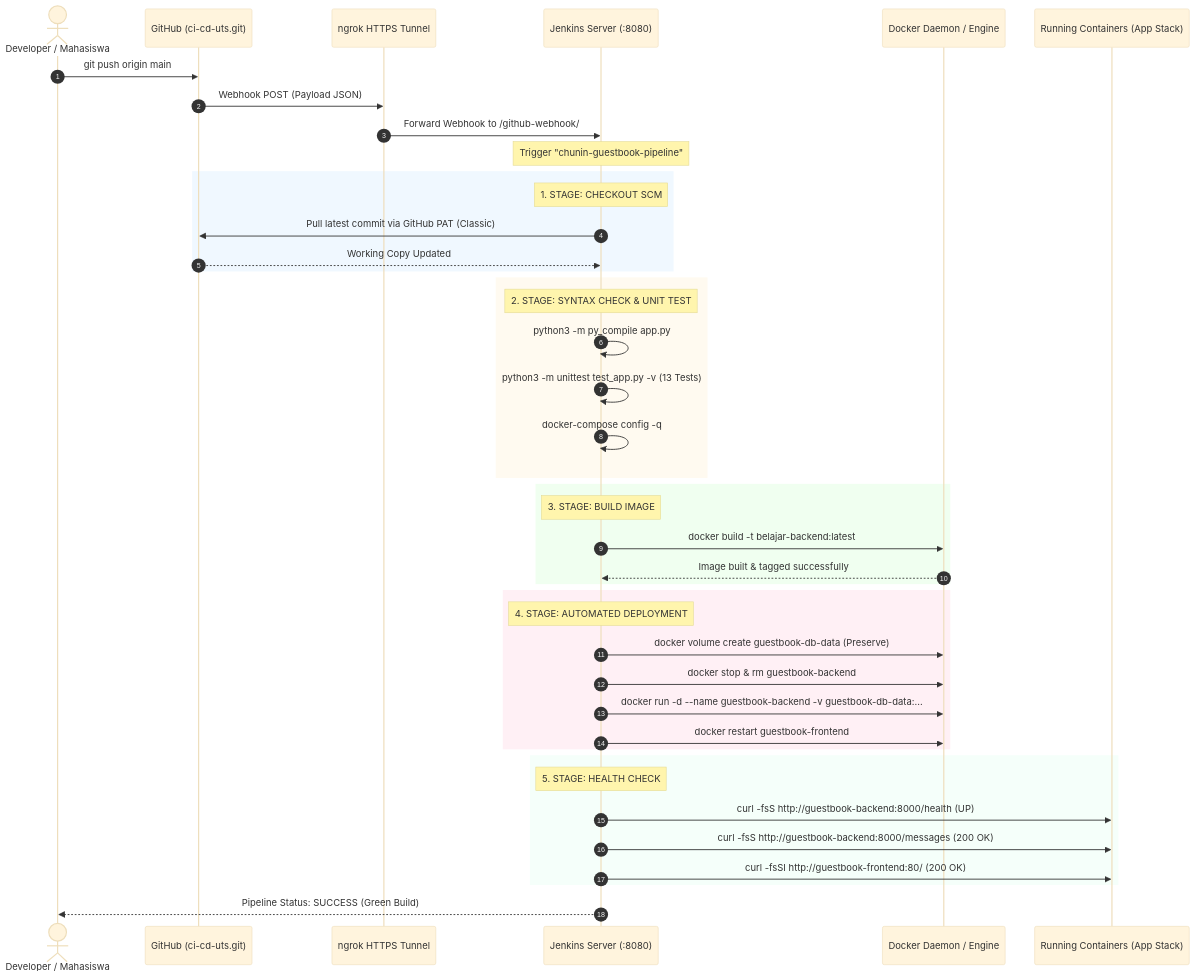
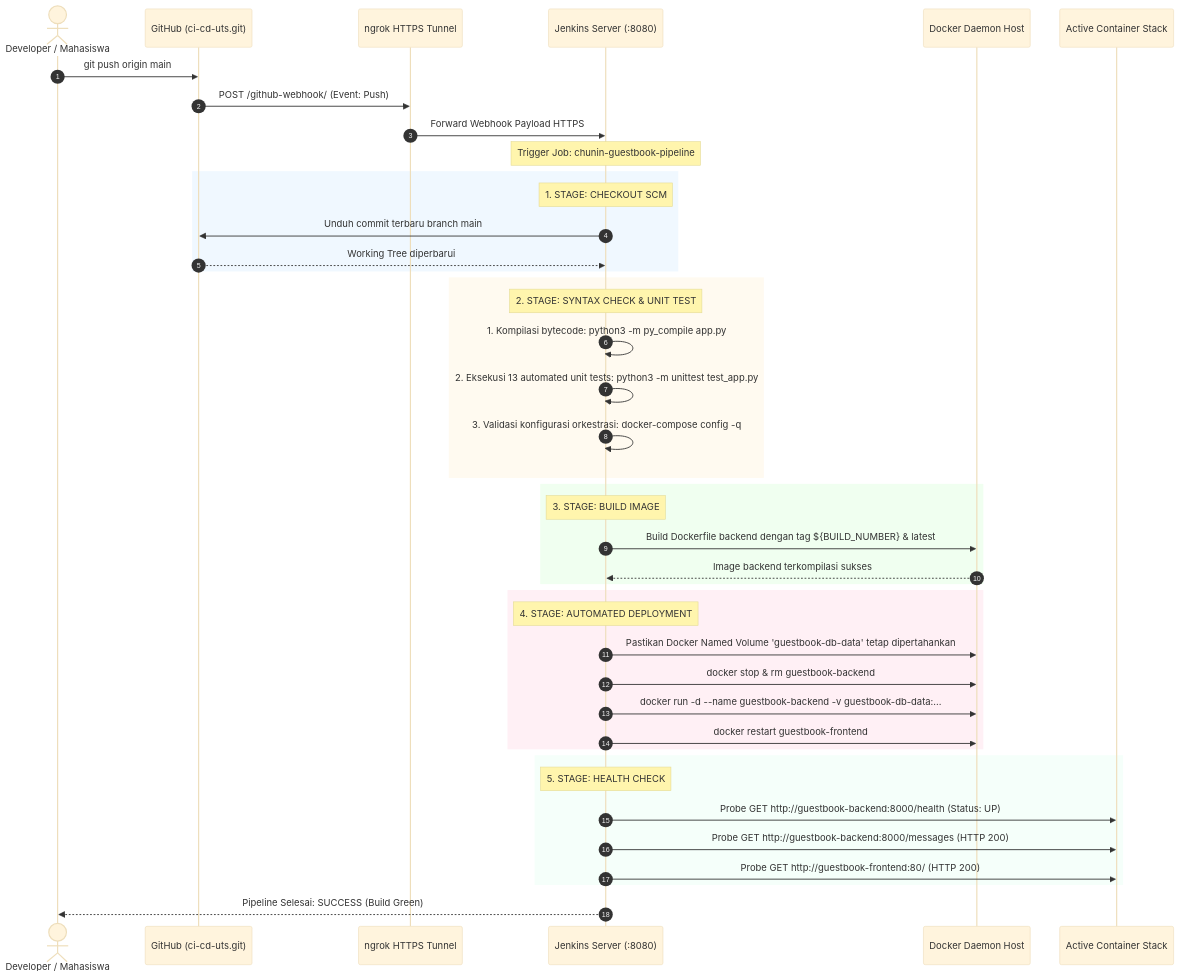
The second of 2 diagrams in README.md (ervanfahriaw/ci-cd-uts), drawn with Mermaid (base theme) before and after one commit. The commit also changed other lines of this file and 18 other files, not shown here.

````diff
--- a/README.md
+++ b/README.md
@@ -91,51 +94,51 @@
 ```mermaid
 sequenceDiagram
     autonumber
     actor Dev as Developer / Mahasiswa
     participant Git as GitHub (ci-cd-uts.git)
     participant Ngrok as ngrok HTTPS Tunnel
     participant Jenkins as Jenkins Server (:8080)
-    participant Docker as Docker Daemon / Engine
-    participant Target as Running Containers (App Stack)
+    participant Docker as Docker Daemon Host
+    participant Containers as Active Container Stack
 
     Dev->>Git: git push origin main
-    Git->>Ngrok: Webhook POST (Payload JSON)
-    Ngrok->>Jenkins: Forward Webhook to /github-webhook/
-    Note over Jenkins: Trigger "chunin-guestbook-pipeline"
+    Git->>Ngrok: POST /github-webhook/ (Event: Push)
+    Ngrok->>Jenkins: Forward Webhook Payload HTTPS
+    Note over Jenkins: Trigger Job: chunin-guestbook-pipeline
     
     rect rgb(240, 248, 255)
         Note over Jenkins: 1. STAGE: CHECKOUT SCM
-        Jenkins->>Git: Pull latest commit via GitHub PAT (Classic)
-        Git-->>Jenkins: Working Copy Updated
+        Jenkins->>Git: Unduh commit terbaru branch main
+        Git-->>Jenkins: Working Tree diperbarui
     end
 
     rect rgb(255, 250, 240)
         Note over Jenkins: 2. STAGE: SYNTAX CHECK & UNIT TEST
-        Jenkins->>Jenkins: python3 -m py_compile app.py
-        Jenkins->>Jenkins: python3 -m unittest test_app.py -v (13 Tests)
-        Jenkins->>Jenkins: docker-compose config -q
+        Jenkins->>Jenkins: 1. Kompilasi bytecode: python3 -m py_compile app.py
+        Jenkins->>Jenkins: 2. Eksekusi 13 automated unit tests: python3 -m unittest test_app.py
+        Jenkins->>Jenkins: 3. Validasi konfigurasi orkestrasi: docker-compose config -q
     end
 
     rect rgb(240, 255, 240)
         Note over Jenkins: 3. STAGE: BUILD IMAGE
-        Jenkins->>Docker: docker build -t belajar-backend:latest
-        Docker-->>Jenkins: Image built & tagged successfully
+        Jenkins->>Docker: Build Dockerfile backend dengan tag ${BUILD_NUMBER} & latest
+        Docker-->>Jenkins: Image backend terkompilasi sukses
     end
 
     rect rgb(255, 240, 245)
         Note over Jenkins: 4. STAGE: AUTOMATED DEPLOYMENT
-        Jenkins->>Docker: docker volume create guestbook-db-data (Preserve)
+        Jenkins->>Docker: Pastikan Docker Named Volume 'guestbook-db-data' tetap dipertahankan
         Jenkins->>Docker: docker stop & rm guestbook-backend
         Jenkins->>Docker: docker run -d --name guestbook-backend -v guestbook-db-data:...
         Jenkins->>Docker: docker restart guestbook-frontend
     end
 
     rect rgb(245, 255, 250)
         Note over Jenkins: 5. STAGE: HEALTH CHECK
-        Jenkins->>Target: curl -fsS http://guestbook-backend:8000/health (UP)
-        Jenkins->>Target: curl -fsS http://guestbook-backend:8000/messages (200 OK)
-        Jenkins->>Target: curl -fsSI http://guestbook-frontend:80/ (200 OK)
+        Jenkins->>Containers: Probe GET http://guestbook-backend:8000/health (Status: UP)
+        Jenkins->>Containers: Probe GET http://guestbook-backend:8000/messages (HTTP 200)
+        Jenkins->>Containers: Probe GET http://guestbook-frontend:80/ (HTTP 200)
     end
 
-    Jenkins-->>Dev: Pipeline Status: SUCCESS (Green Build)
+    Jenkins-->>Dev: Pipeline Selesai: SUCCESS (Build Green)
 ```
````
